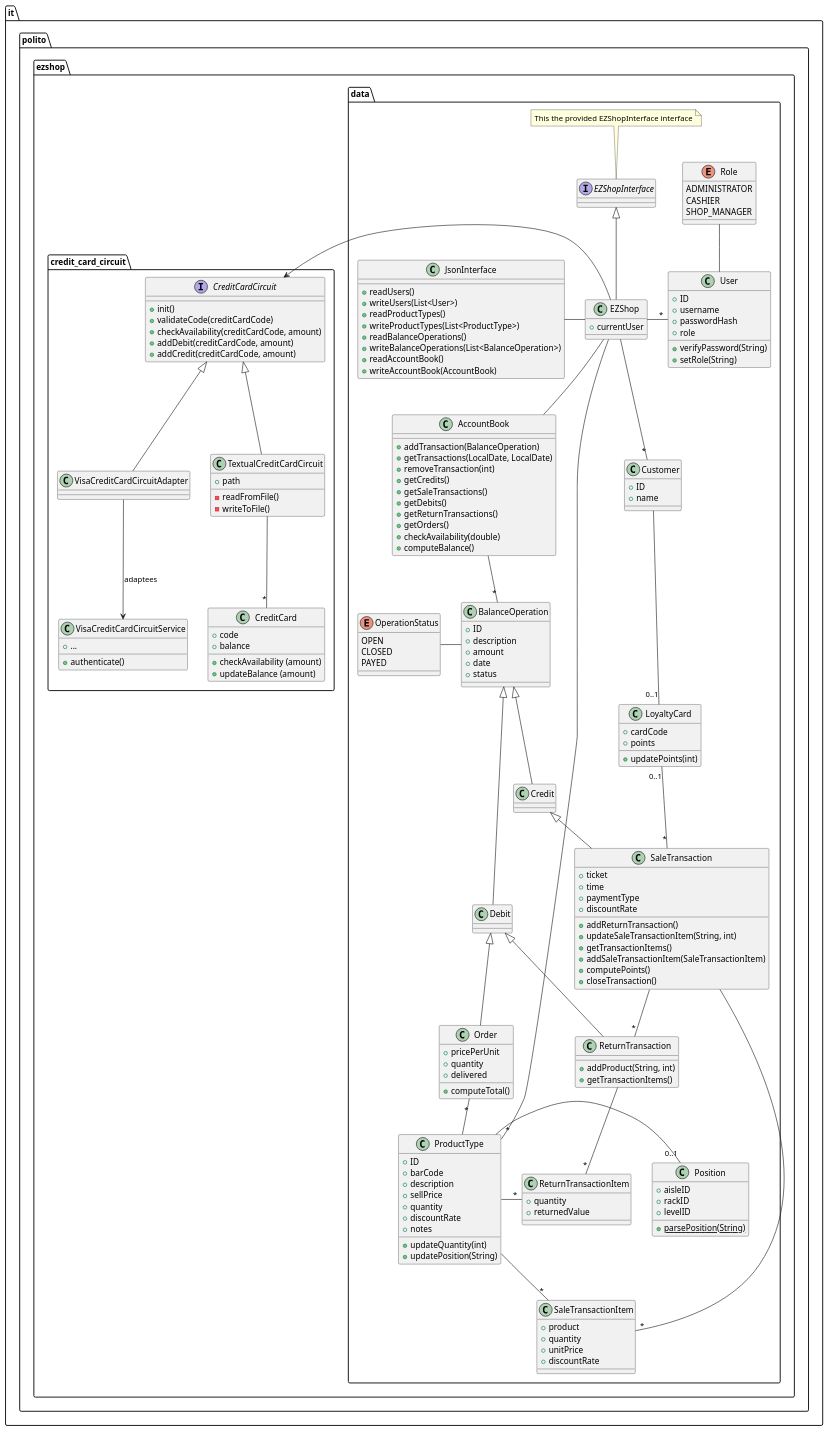
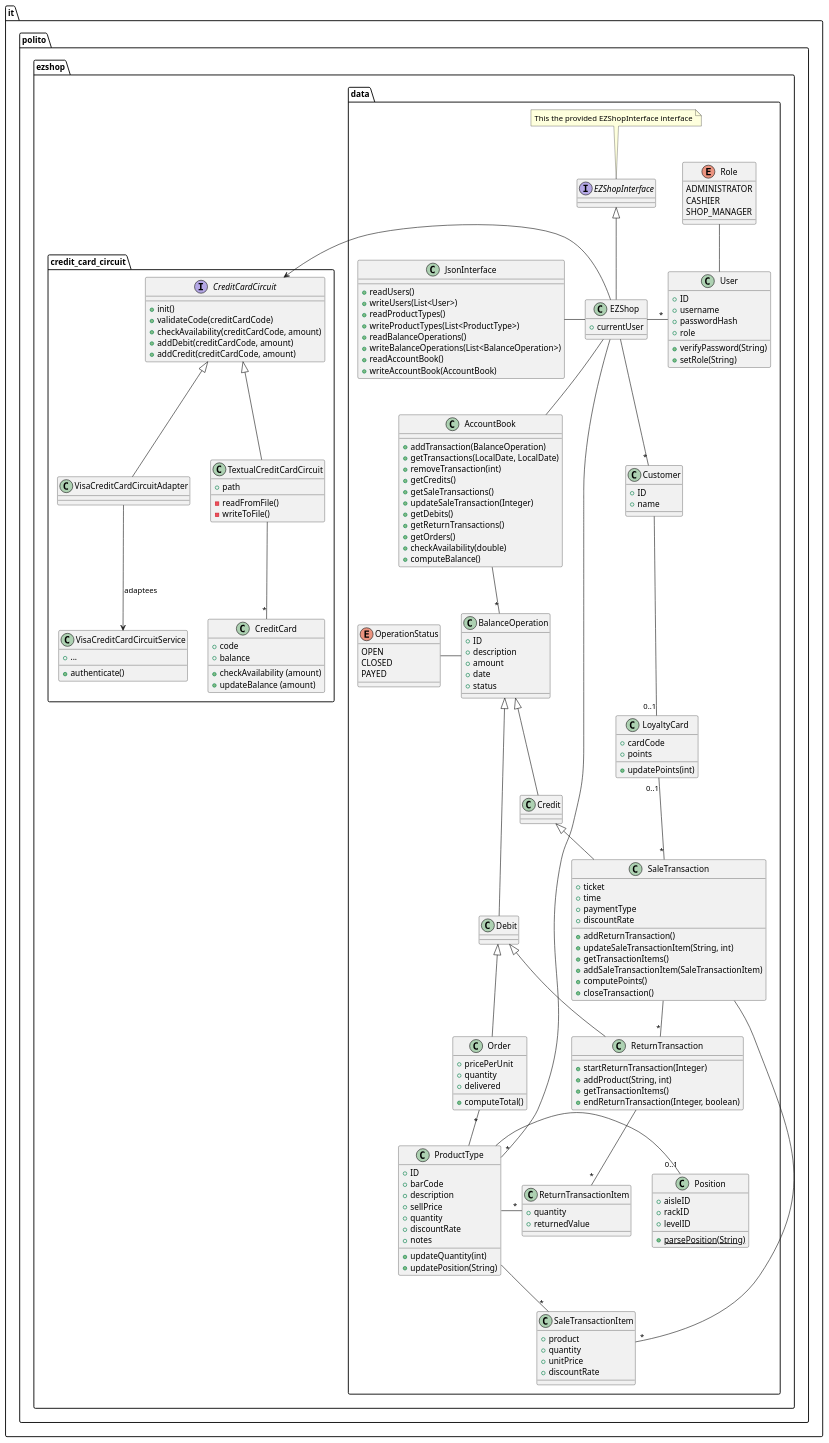
The third of 13 diagrams in Deliverables/DesignDocument.md (polito-se2-21-r03/se1-ezshop), drawn with PlantUML before and after one commit. The commit also changed other lines of this file, not shown here.

Commit message:
sequence diagram 8.2 updated

```diff
--- a/Deliverables/DesignDocument.md
+++ b/Deliverables/DesignDocument.md
@@ -227,8 +227,10 @@
 SaleTransactionItem "*" -up- ProductType
 
 class ReturnTransaction {
+    + startReturnTransaction(Integer)
     + addProduct(String, int)
     + getTransactionItems()
+    + endReturnTransaction(Integer, boolean)
 }
 
 class ReturnTransactionItem {
@@ -247,6 +249,7 @@
     + removeTransaction(int)
     + getCredits()
     + getSaleTransactions()
+    + updateSaleTransaction(Integer)
     + getDebits()
     + getReturnTransactions()
     + getOrders()
```
